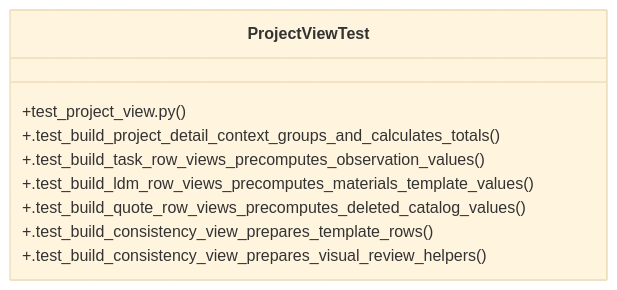
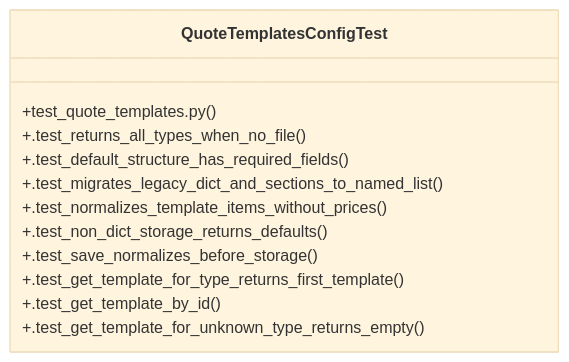
One commit to Daftrick/ProjectTracker changed the diagram in graphify-out/wiki/Community_13.md. Above: the diagram before and after it, drawn with Mermaid (base theme). The commit also changed other lines of this file and 373 other files, not shown here.

Commit message:
feat: multiple quote templates and bundle breakdown

````diff
--- a/graphify-out/wiki/Community_13.md
+++ b/graphify-out/wiki/Community_13.md
@@ -36,12 +36,15 @@
 ```mermaid
 classDiagram
-    class ProjectViewTest {
-        +test_project_view.py()
-        +.test_build_project_detail_context_groups_and_calculates_totals()
-        +.test_build_task_row_views_precomputes_observation_values()
-        +.test_build_ldm_row_views_precomputes_materials_template_values()
-        +.test_build_quote_row_views_precomputes_deleted_catalog_values()
-        +.test_build_consistency_view_prepares_template_rows()
-        +.test_build_consistency_view_prepares_visual_review_helpers()
+    class QuoteTemplatesConfigTest {
+        +test_quote_templates.py()
+        +.test_returns_all_types_when_no_file()
+        +.test_default_structure_has_required_fields()
+        +.test_migrates_legacy_dict_and_sections_to_named_list()
+        +.test_normalizes_template_items_without_prices()
+        +.test_non_dict_storage_returns_defaults()
+        +.test_save_normalizes_before_storage()
+        +.test_get_template_for_type_returns_first_template()
+        +.test_get_template_by_id()
+        +.test_get_template_for_unknown_type_returns_empty()
     }
 ```
````
